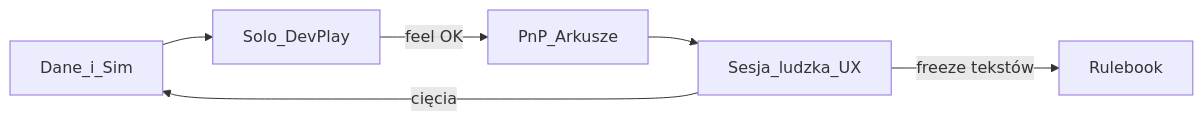
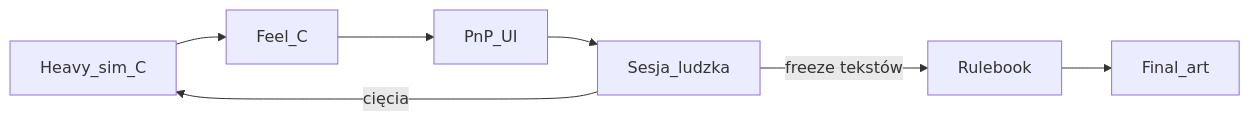
One commit to kacperczeczot/INQUISITIO-1492 changed the diagram in docs/roadmap.md. Above: the diagram before and after it, drawn with Mermaid. The commit also changed other lines of this file and 15 other files, not shown here.

````diff
--- a/docs/roadmap.md
+++ b/docs/roadmap.md
@@ -12,14 +11,13 @@
 ```mermaid
 flowchart LR
-  data[Dane_i_Sim]
-  solo[Solo_DevPlay]
-  pnp[PnP_Arkusze]
-  table[Sesja_ludzka_UX]
+  sim[Heavy_sim_C]
+  feel[Feel_C]
+  pnp[PnP_UI]
+  table[Sesja_ludzka]
   book[Rulebook]
+  art[Final_art]
 
-  data --> solo
-  solo -->|"feel OK"| pnp
-  pnp --> table
-  table -->|"cięcia"| data
-  table -->|"freeze tekstów"| book
+  sim --> feel --> pnp --> table
+  table -->|"cięcia"| sim
+  table -->|"freeze tekstów"| book --> art
 ```
````
